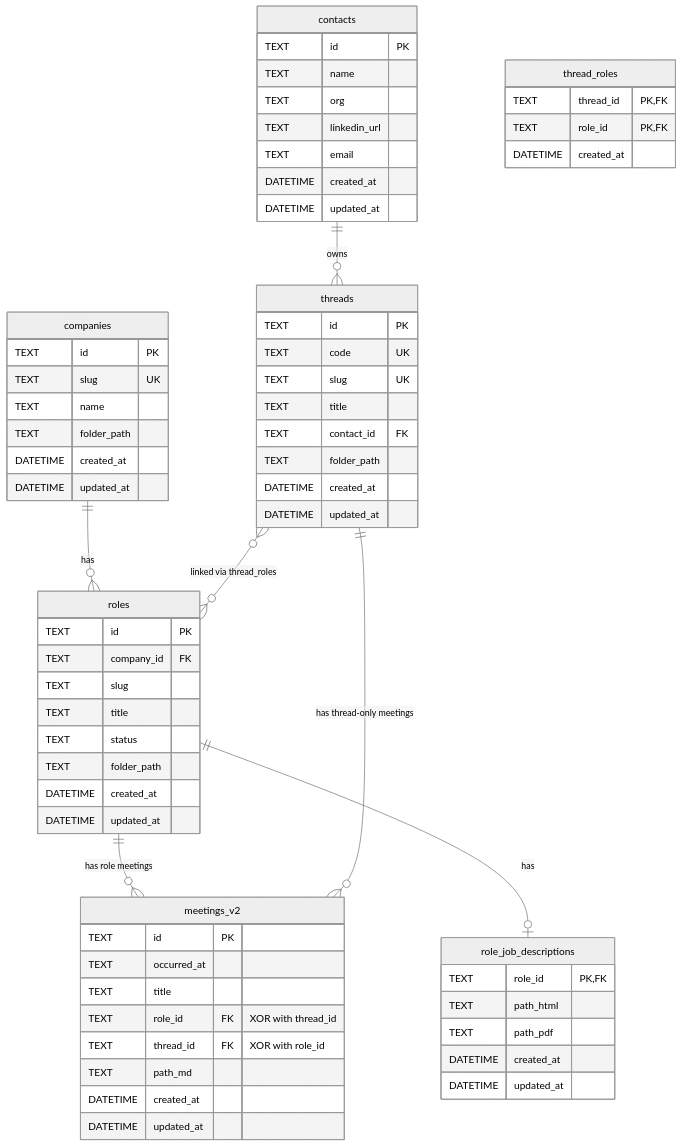
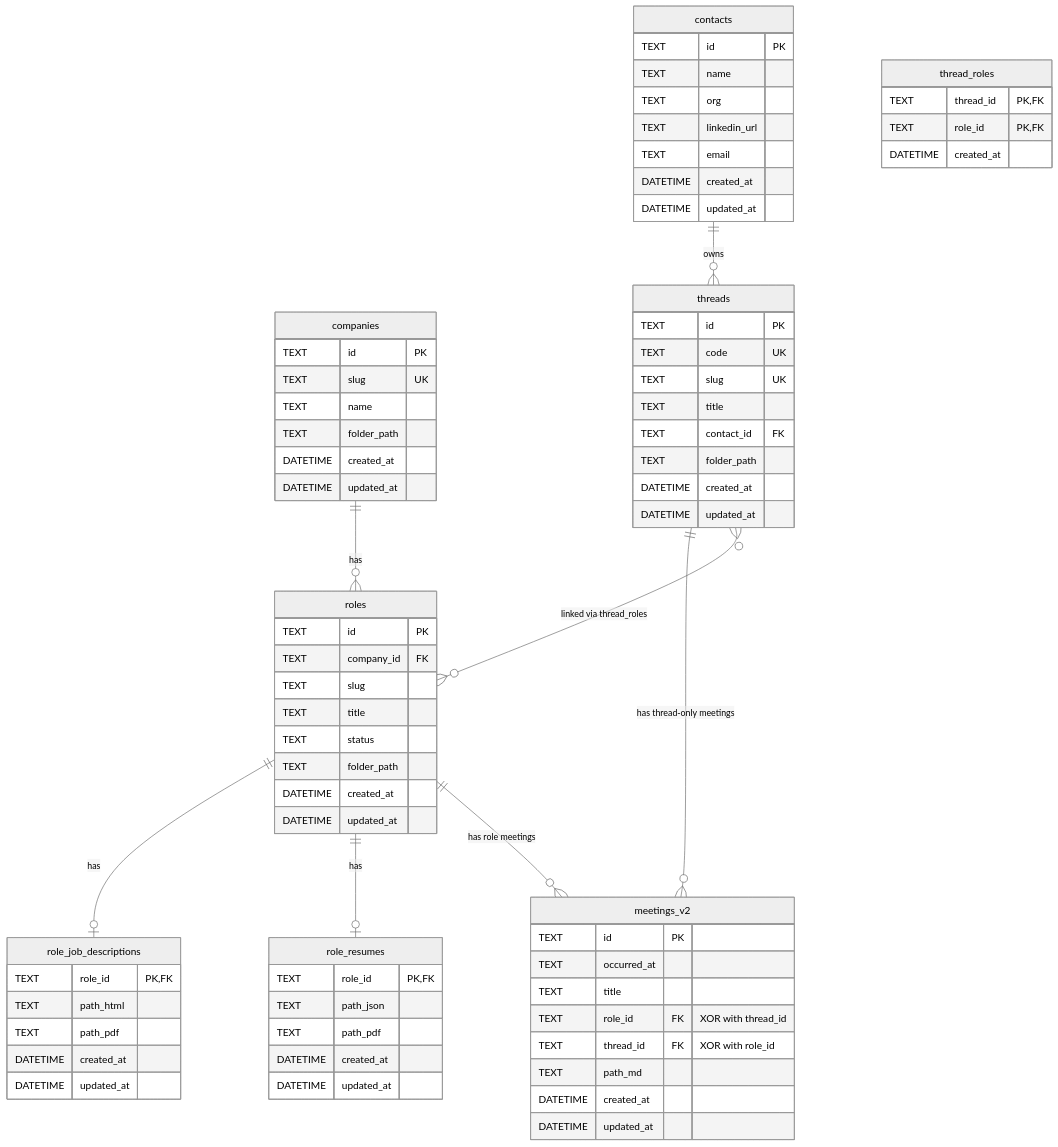
One commit to samasri/job-tracker changed the diagram in ARCHITECTURE.md. Above: the diagram before and after it, drawn with Mermaid (neutral theme). The commit also changed other lines of this file and 15 other files, not shown here.

```diff
--- a/ARCHITECTURE.md
+++ b/ARCHITECTURE.md
@@ -257,6 +269,14 @@
     role_job_descriptions {
         TEXT role_id PK,FK
         TEXT path_html
+        TEXT path_pdf
+        DATETIME created_at
+        DATETIME updated_at
+    }
+
+    role_resumes {
+        TEXT role_id PK,FK
+        TEXT path_json
         TEXT path_pdf
         DATETIME created_at
         DATETIME updated_at
@@ -302,6 +322,7 @@
 
     companies ||--o{ roles : "has"
     roles ||--o| role_job_descriptions : "has"
+    roles ||--o| role_resumes : "has"
     contacts ||--o{ threads : "owns"
     roles ||--o{ meetings_v2 : "has role meetings"
     threads ||--o{ meetings_v2 : "has thread-only meetings"
```
